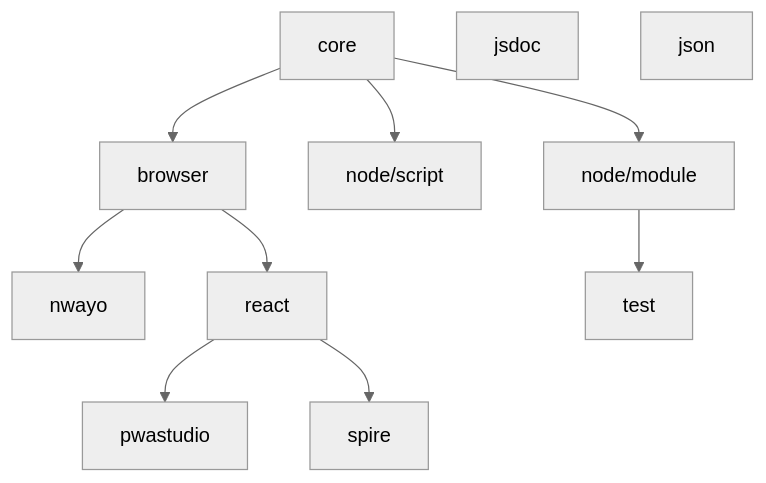
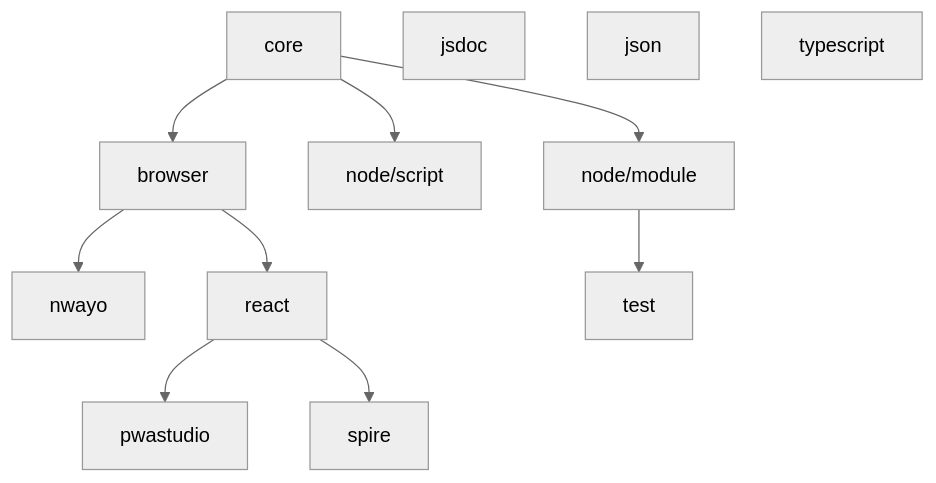
The diagram in README.md (absolunet/eslint-config), drawn with Mermaid (neutral theme) before and after one commit. The commit also changed other lines of this file and 20 other files, not shown here.

````diff
--- a/README.md
+++ b/README.md
@@ -25,9 +26,10 @@
 ```mermaid
   graph TD;
     core --> browser & node/script & node/module
       browser --> nwayo & react
         react --> pwastudio & spire
       node/module --> test
     jsdoc
     json
+    typescript
 ```
````
